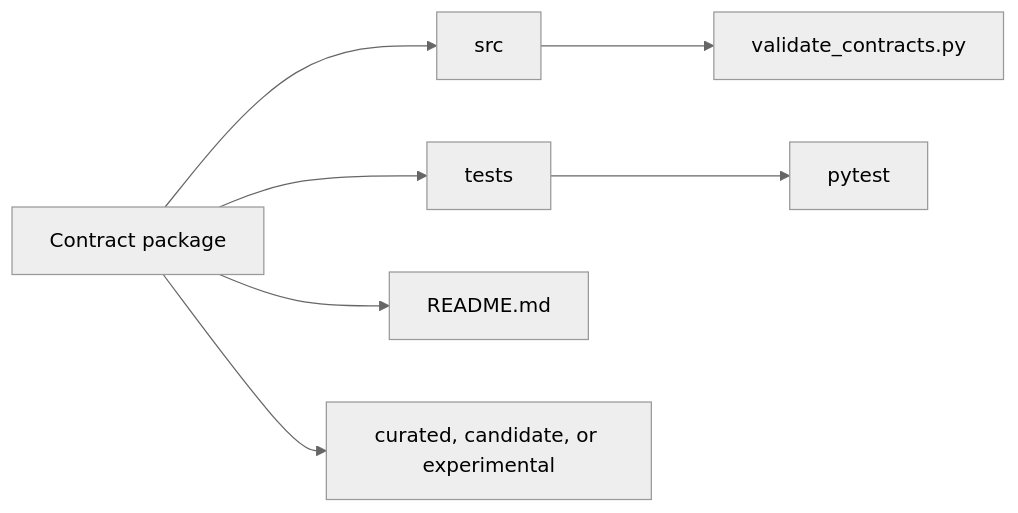
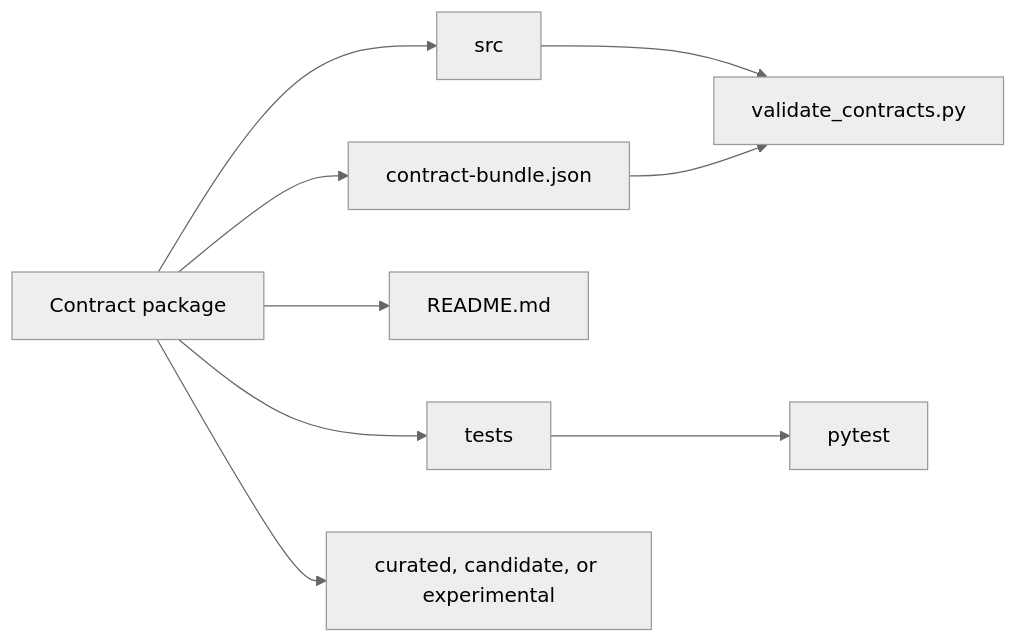
One commit to xian-technology/xian-contracts changed the diagram in contracts/README.md. Above: the diagram before and after it, drawn with Mermaid (neutral theme). The commit also changed other lines of this file and 20 other files, not shown here.

Commit message:
feat: add contract bundle manifests

````diff
--- a/contracts/README.md
+++ b/contracts/README.md
@@ -12,9 +13,11 @@
 ```mermaid
 flowchart LR
   Package["Contract package"] --> Source["src"]
   Package --> Tests["tests"]
   Package --> Readme["README.md"]
+  Package --> Manifest["contract-bundle.json"]
   Package --> Status["curated, candidate, or experimental"]
   Source --> Validation["validate_contracts.py"]
+  Manifest --> Validation
   Tests --> Pytest["pytest"]
 ```
````
